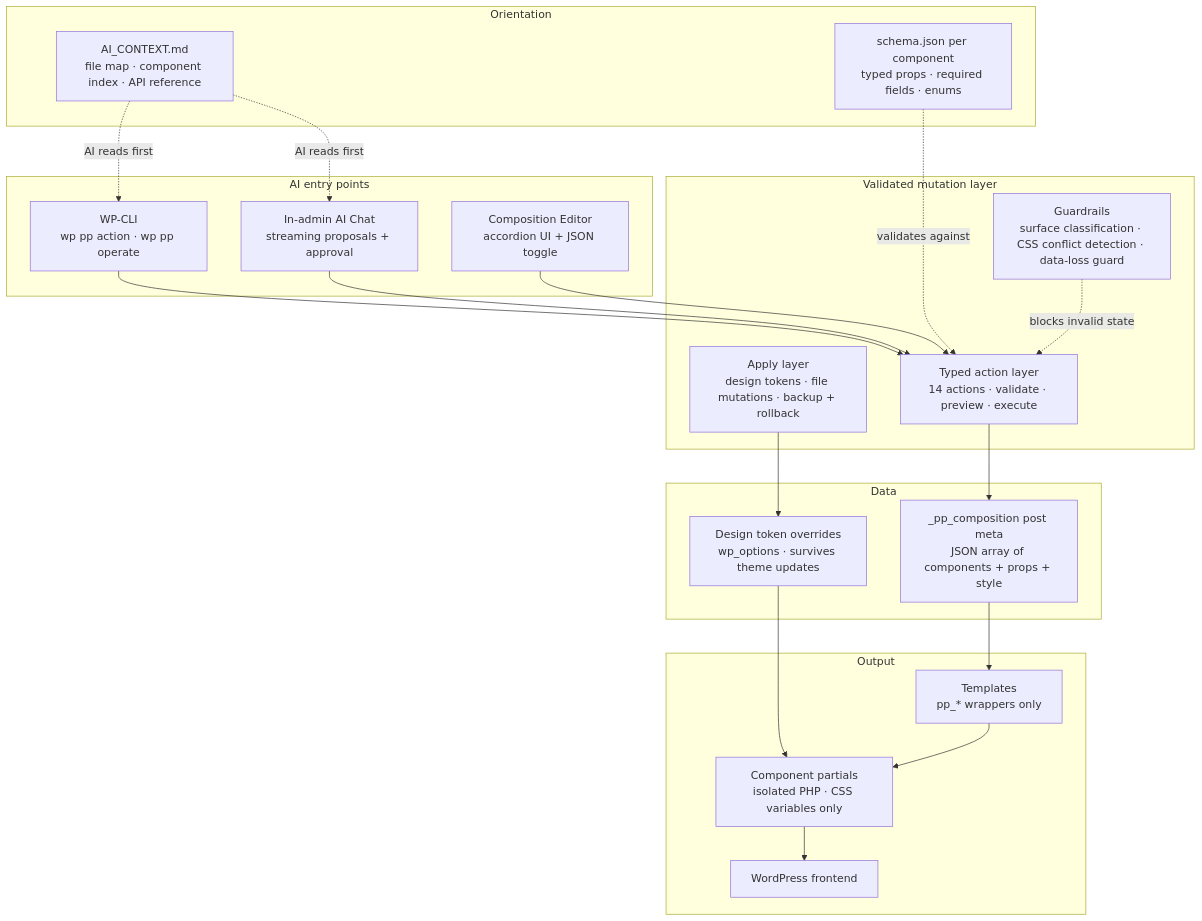
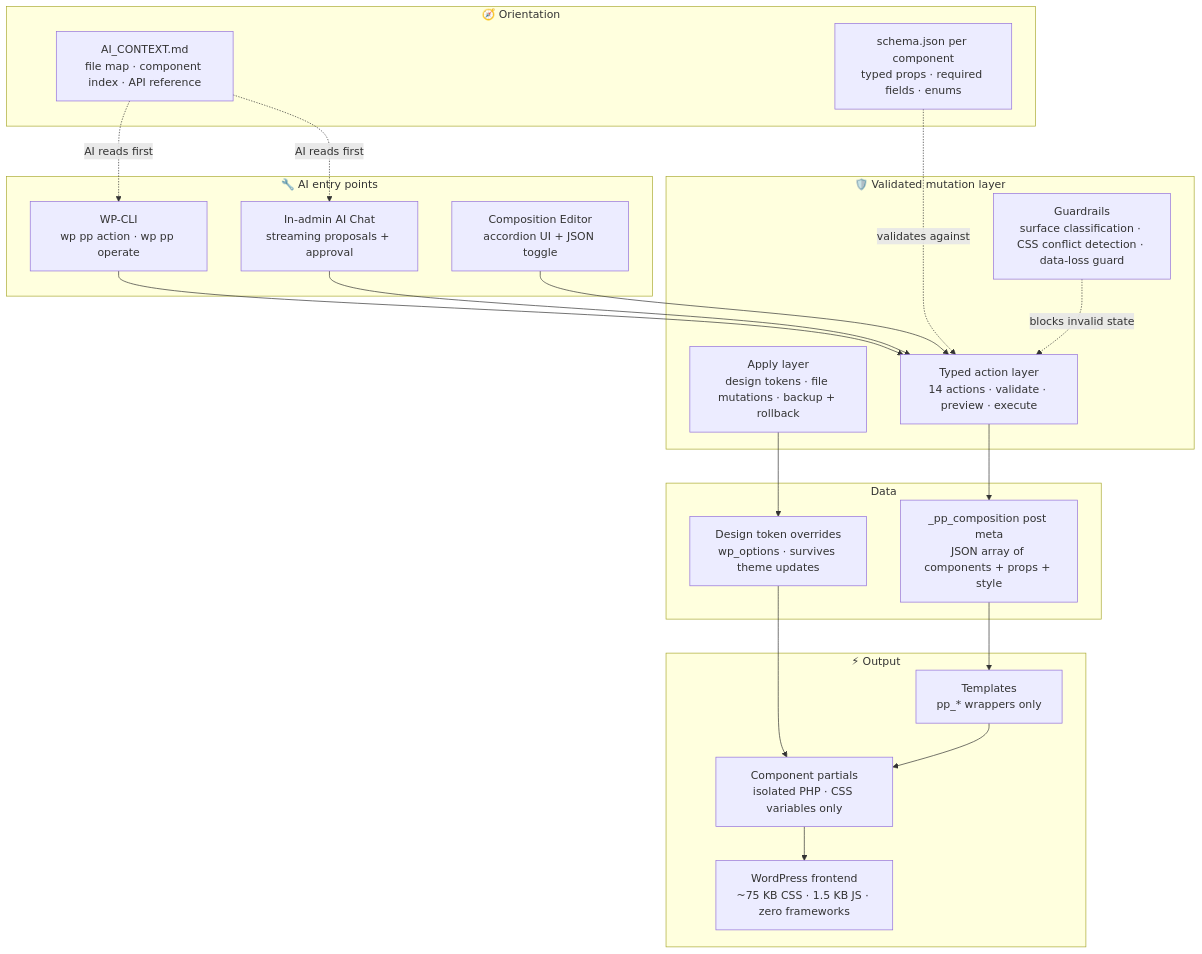
One commit to FJCF76/PromptingPress changed the diagram in README.md. Above: the diagram before and after it, drawn with Mermaid. The commit also changed other lines of this file, not shown here.

````diff
--- a/README.md
+++ b/README.md
@@ -50,44 +56,44 @@
 ```mermaid
 flowchart TD
-    subgraph Entry["AI entry points"]
+    subgraph Entry["🔧 AI entry points"]
         CLI["WP-CLI\nwp pp action · wp pp operate"]
         Chat["In-admin AI Chat\nstreaming proposals + approval"]
         Editor["Composition Editor\naccordion UI + JSON toggle"]
     end
 
-    subgraph Orient["Orientation"]
+    subgraph Orient["🧭 Orientation"]
         CTX["AI_CONTEXT.md\nfile map · component index · API reference"]
         Schema["schema.json per component\ntyped props · required fields · enums"]
     end
 
-    subgraph Mutation["Validated mutation layer"]
+    subgraph Mutation["🛡️ Validated mutation layer"]
         Action["Typed action layer\n14 actions · validate · preview · execute"]
         Apply["Apply layer\ndesign tokens · file mutations · backup + rollback"]
         Guard["Guardrails\nsurface classification · CSS conflict detection · data-loss guard"]
     end
 
     subgraph Storage["Data"]
         Comp["_pp_composition post meta\nJSON array of components + props + style"]
         Tokens["Design token overrides\nwp_options · survives theme updates"]
     end
 
-    subgraph Render["Output"]
+    subgraph Render["⚡ Output"]
         Templates["Templates\npp_* wrappers only"]
         Components["Component partials\nisolated PHP · CSS variables only"]
-        Frontend["WordPress frontend"]
+        Frontend["WordPress frontend\n~75 KB CSS · 1.5 KB JS · zero frameworks"]
     end
 
     CLI --> Action
     Chat --> Action
     Editor --> Action
     CTX -.->|"AI reads first"| CLI
     CTX -.->|"AI reads first"| Chat
     Schema -.->|"validates against"| Action
     Action --> Comp
     Apply --> Tokens
     Guard -.->|"blocks invalid state"| Action
     Comp --> Templates
     Tokens --> Components
     Templates --> Components
     Components --> Frontend
 ```
````
